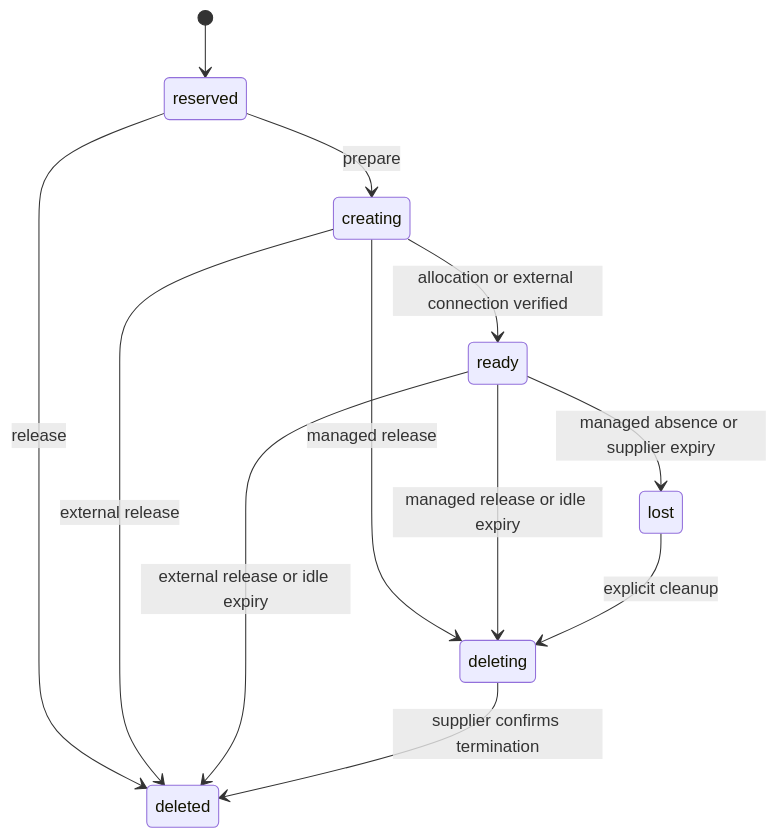
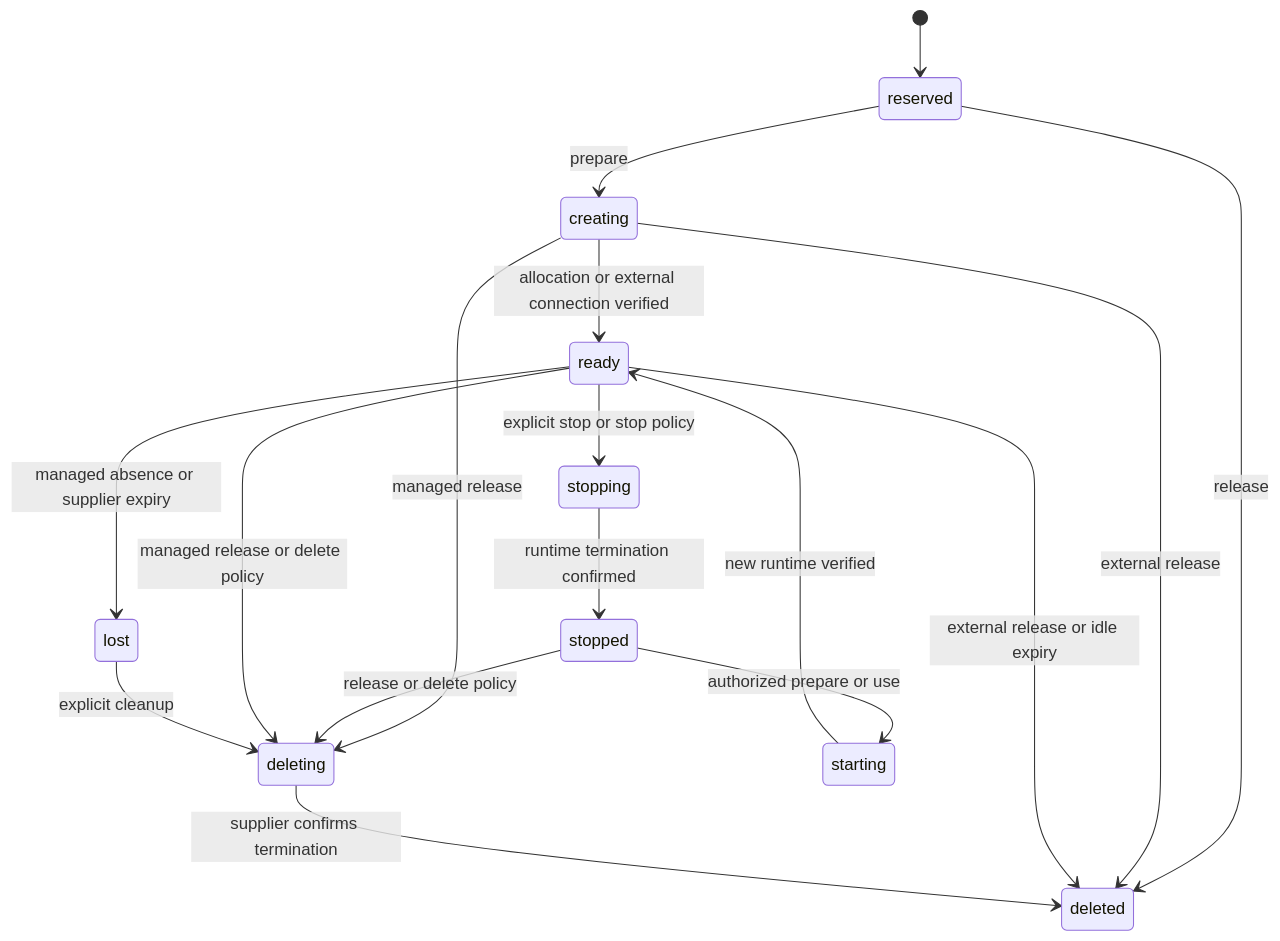
Before and after one commit to converge-ai-labs/agent-foundation: the first of 2 diagrams in spec/a13n-service/14-browsers.md, drawn with Mermaid. The commit also changed other lines of this file and 84 other files, not shown here.

````diff
--- a/spec/a13n-service/14-browsers.md
+++ b/spec/a13n-service/14-browsers.md
@@ -41,14 +41,19 @@
 ```mermaid
 stateDiagram-v2
     [*] --> reserved
     reserved --> creating: prepare
     creating --> ready: allocation or external connection verified
     reserved --> deleted: release
     creating --> deleting: managed release
-    ready --> deleting: managed release or idle expiry
+    ready --> stopping: explicit stop or stop policy
+    stopping --> stopped: runtime termination confirmed
+    stopped --> starting: authorized prepare or use
+    starting --> ready: new runtime verified
+    stopped --> deleting: release or delete policy
+    ready --> deleting: managed release or delete policy
     creating --> deleted: external release
     ready --> deleted: external release or idle expiry
     ready --> lost: managed absence or supplier expiry
     lost --> deleting: explicit cleanup
     deleting --> deleted: supplier confirms termination
 ```
````
